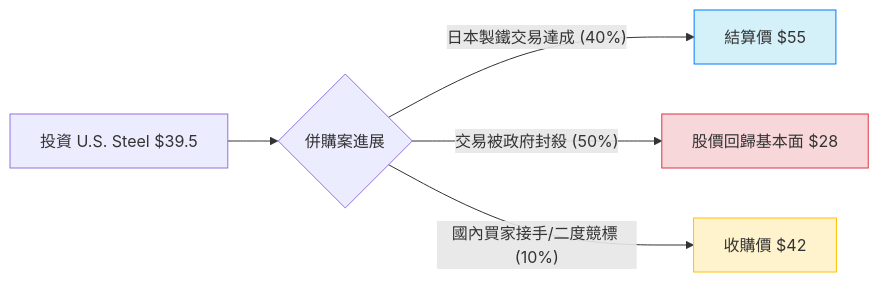
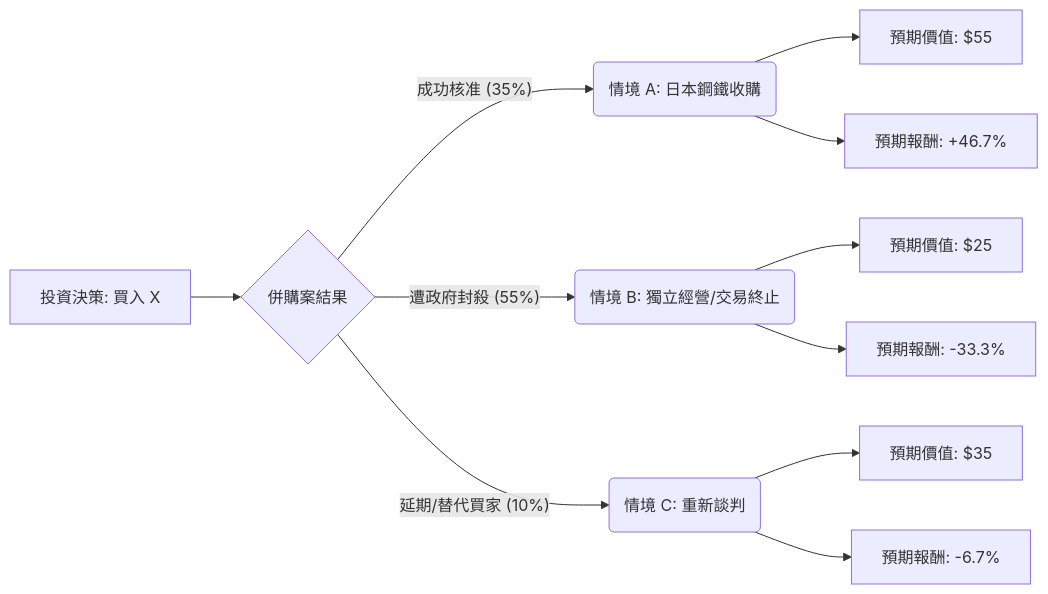
The diagram in plugin-react/ai-analysis/ev-analysis/X.md (zmcx16/zmcx16.github.io), drawn with Mermaid before and after one commit. The commit also changed other lines of this file and 78 other files, not shown here.

````diff
--- a/plugin-react/ai-analysis/ev-analysis/X.md
+++ b/plugin-react/ai-analysis/ev-analysis/X.md
@@ -20,12 +26,16 @@
 ```mermaid
 graph LR
-    A[投資 U.S. Steel $39.5] --> B{併購案進展}
+    A[投資決策: 買入 X] --> B{併購案結果}
     
-    B -- "日本製鐵交易達成 (40%)" --> C[結算價 $55]
-    B -- "交易被政府封殺 (50%)" --> D[股價回歸基本面 $28]
-    B -- "國內買家接手/二度競標 (10%)" --> E[收購價 $42]
-
-    style C fill:#d4f1f9,stroke:#007bff
-    style D fill:#f8d7da,stroke:#dc3545
-    style E fill:#fff3cd,stroke:#ffc107
+    B -- 成功核准 (35%) --> C(情境 A: 日本鋼鐵收購)
+    C --> C1[預期價值: $55]
+    C --> C2[預期報酬: +46.7%]
+    
+    B -- 遭政府封殺 (55%) --> D(情境 B: 獨立經營/交易終止)
+    D --> D1[預期價值: $25]
+    D --> D2[預期報酬: -33.3%]
+    
+    B -- 延期/替代買家 (10%) --> E(情境 C: 重新談判)
+    E --> E1[預期價值: $35]
+    E --> E2[預期報酬: -6.7%]
 ```
````
